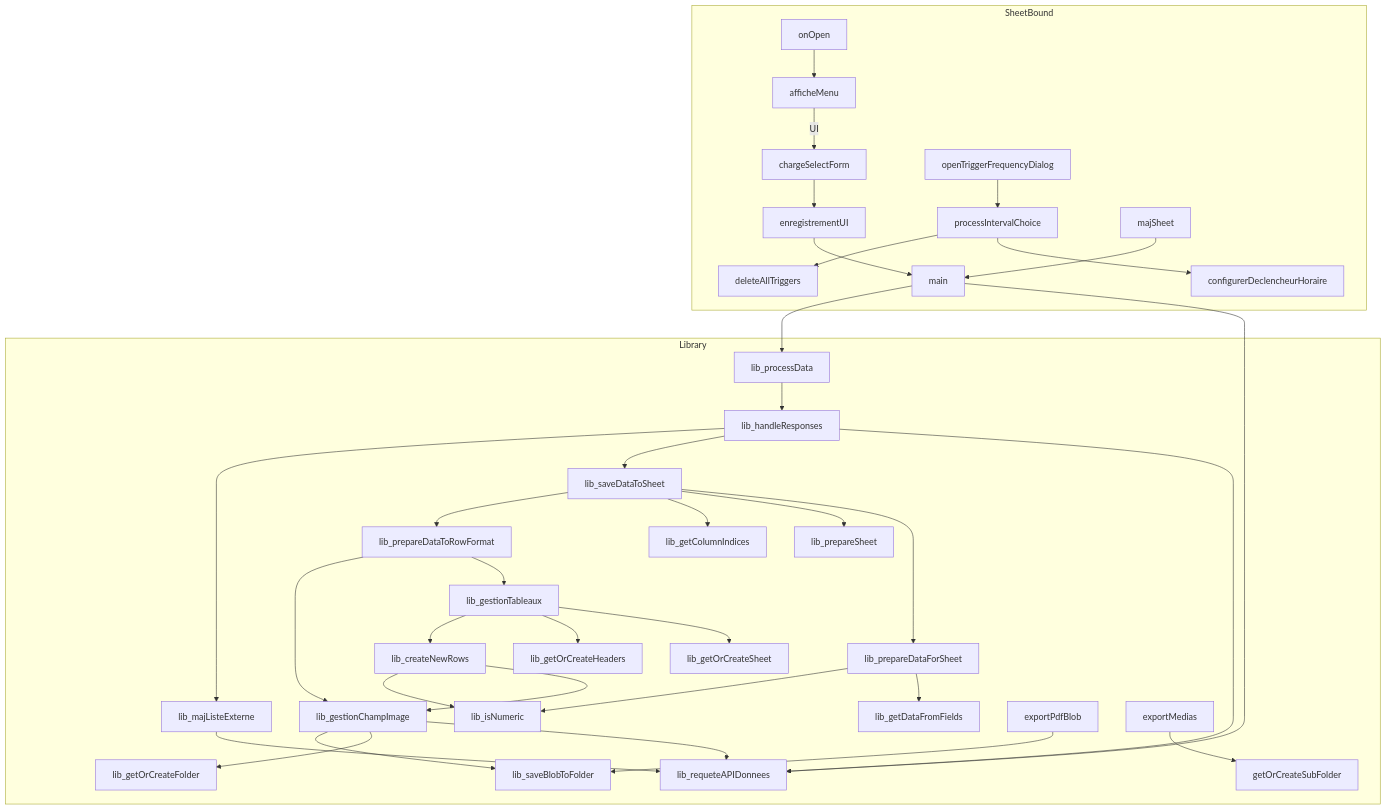
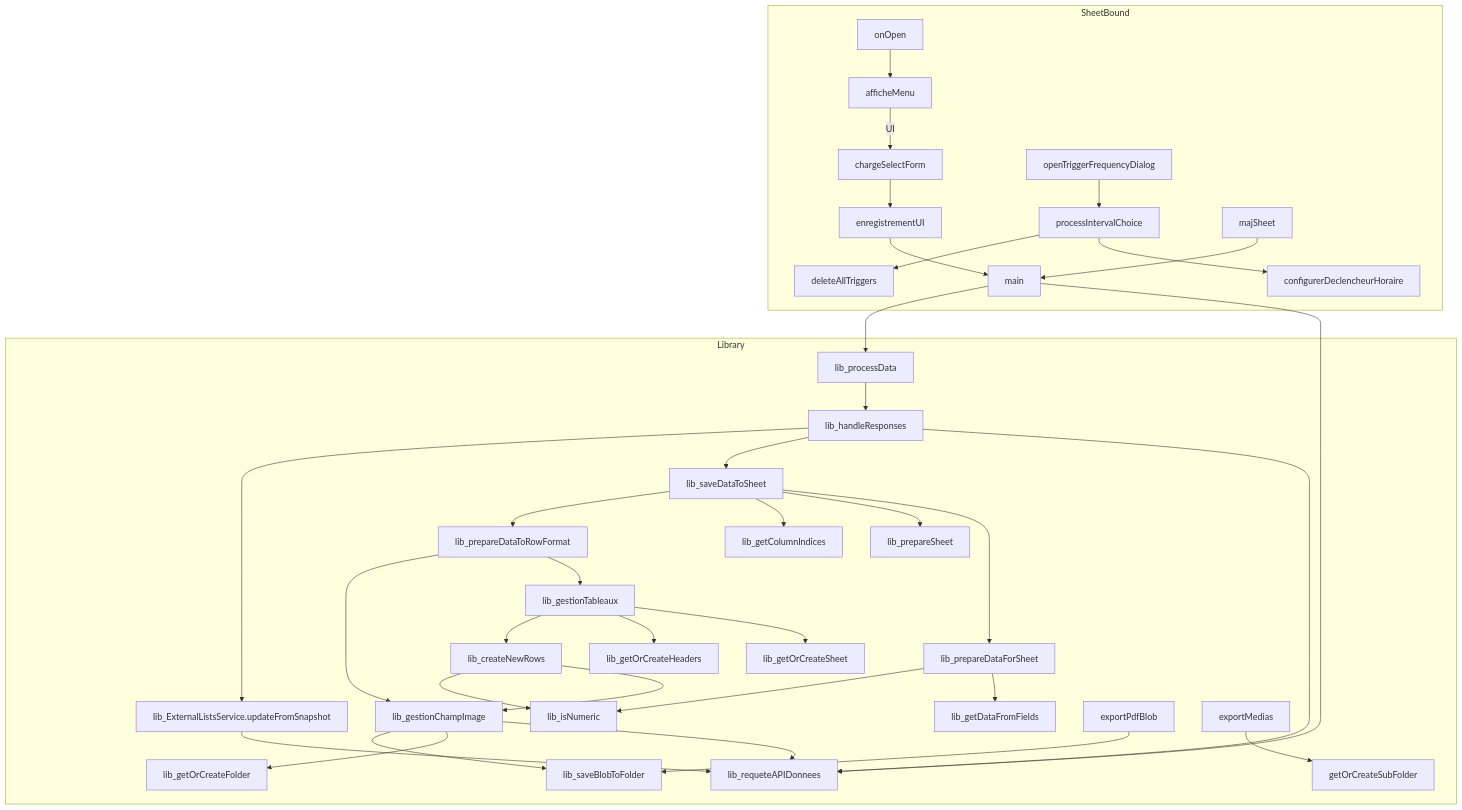
The fourth of 4 diagrams in context-kizeo.md (jS0nn/api-kizeo-bq), drawn with Mermaid before and after one commit. The commit also changed other lines of this file and 22 other files, not shown here.

````diff
--- a/context-kizeo.md
+++ b/context-kizeo.md
@@ -256,40 +256,40 @@
 ```mermaid
 graph TD
     subgraph SheetBound
         onOpen --> afficheMenu
         afficheMenu -->|UI| chargeSelectForm
         chargeSelectForm --> enregistrementUI
         enregistrementUI --> main
         openTriggerFrequencyDialog --> processIntervalChoice
         processIntervalChoice --> configurerDeclencheurHoraire
         processIntervalChoice --> deleteAllTriggers
         majSheet --> main
     end
     subgraph Library
         main --> lib_requeteAPIDonnees
         main --> lib_processData
         lib_processData --> lib_handleResponses
         lib_handleResponses --> lib_requeteAPIDonnees
         lib_handleResponses --> lib_saveDataToSheet
-        lib_handleResponses --> lib_majListeExterne
+        lib_handleResponses --> lib_ExternalListsService.updateFromSnapshot
         lib_saveDataToSheet --> lib_prepareDataForSheet
         lib_saveDataToSheet --> lib_prepareSheet
         lib_saveDataToSheet --> lib_getColumnIndices
         lib_saveDataToSheet --> lib_prepareDataToRowFormat
         lib_prepareDataForSheet --> lib_getDataFromFields
         lib_prepareDataForSheet --> lib_isNumeric
         lib_prepareDataToRowFormat --> lib_gestionTableaux
         lib_prepareDataToRowFormat --> lib_gestionChampImage
         lib_gestionTableaux --> lib_getOrCreateSheet
         lib_gestionTableaux --> lib_getOrCreateHeaders
         lib_gestionTableaux --> lib_createNewRows
         lib_createNewRows --> lib_gestionChampImage
         lib_createNewRows --> lib_isNumeric
         lib_gestionChampImage --> lib_requeteAPIDonnees
         lib_gestionChampImage --> lib_getOrCreateFolder
         lib_gestionChampImage --> lib_saveBlobToFolder
-        lib_majListeExterne --> lib_requeteAPIDonnees
+        lib_ExternalListsService.updateFromSnapshot --> lib_requeteAPIDonnees
         exportPdfBlob --> lib_saveBlobToFolder
         exportMedias --> getOrCreateSubFolder
     end
 ```
````
